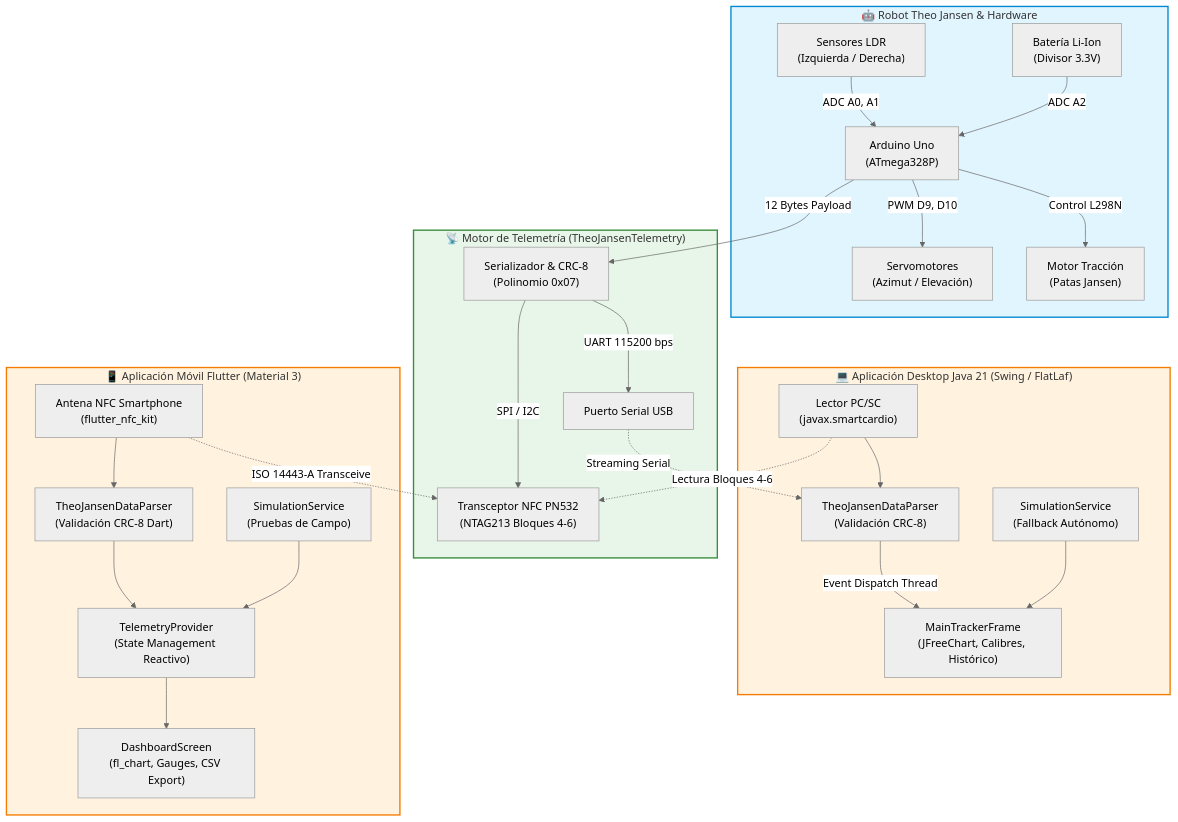
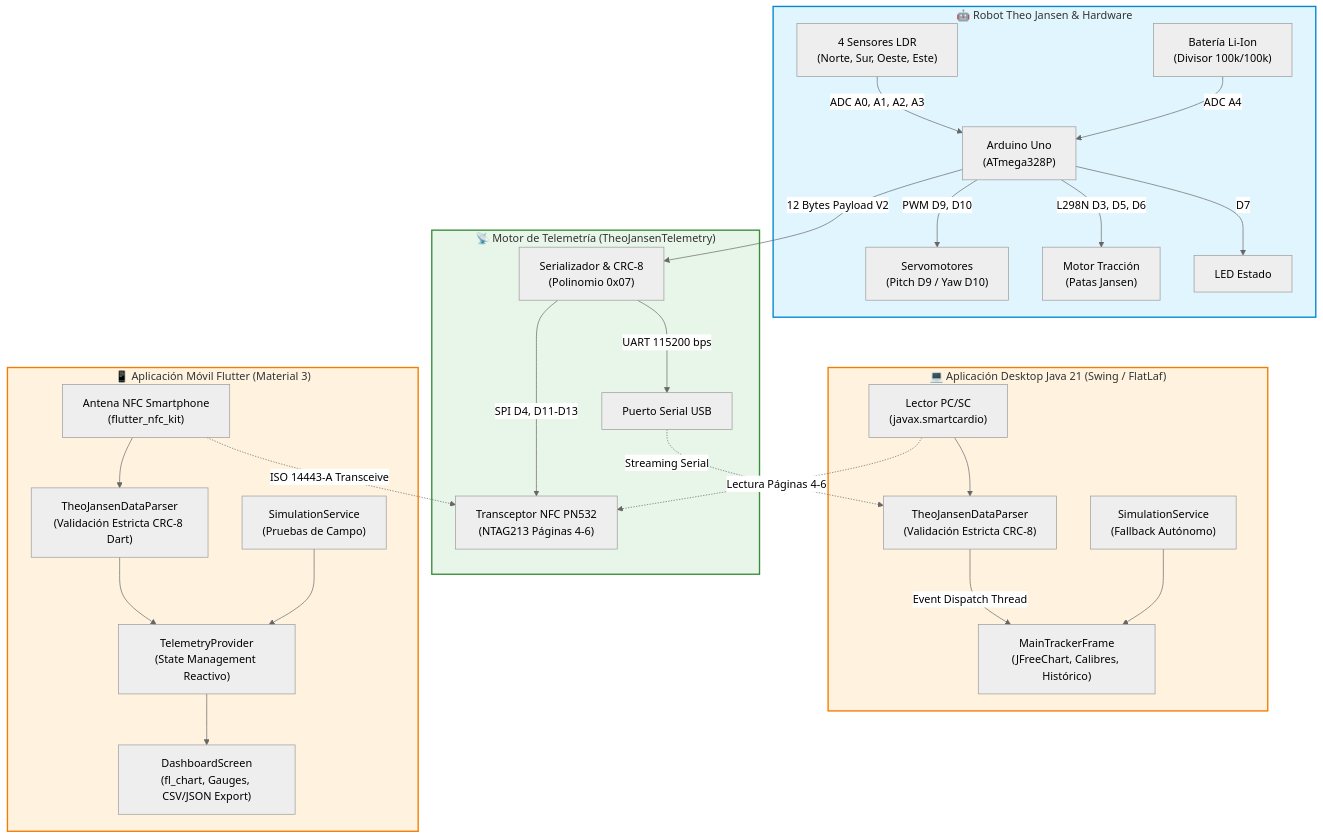
Before and after one commit to RamsesCB/heliostrand-nfc-core-cpp: the diagram in README.md, drawn with Mermaid (neutral theme). The commit also changed other lines of this file and 3 other files, not shown here.

````diff
--- a/README.md
+++ b/README.md
@@ -61,38 +62,39 @@
 ```mermaid
 flowchart TD
     subgraph HARDWARE["🤖 Robot Theo Jansen & Hardware"]
-        LDR["Sensores LDR\n(Izquierda / Derecha)"] -->|ADC A0, A1| MCU["Arduino Uno\n(ATmega328P)"]
-        BAT["Batería Li-Ion\n(Divisor 3.3V)"] -->|ADC A2| MCU
-        MCU -->|PWM D9, D10| SERVO["Servomotores\n(Azimut / Elevación)"]
-        MCU -->|Control L298N| MOTORS["Motor Tracción\n(Patas Jansen)"]
+        LDR["4 Sensores LDR\n(Norte, Sur, Oeste, Este)"] -->|ADC A0, A1, A2, A3| MCU["Arduino Uno\n(ATmega328P)"]
+        BAT["Batería Li-Ion\n(Divisor 100k/100k)"] -->|ADC A4| MCU
+        MCU -->|PWM D9, D10| SERVO["Servomotores\n(Pitch D9 / Yaw D10)"]
+        MCU -->|L298N D3, D5, D6| MOTORS["Motor Tracción\n(Patas Jansen)"]
+        MCU -->|D7| LED["LED Estado"]
     end
 
     subgraph TELEMETRY["📡 Motor de Telemetría (TheoJansenTelemetry)"]
-        MCU -->|12 Bytes Payload| PKT["Serializador & CRC-8\n(Polinomio 0x07)"]
-        PKT -->|SPI / I2C| NFC_TAG["Transceptor NFC PN532\n(NTAG213 Bloques 4-6)"]
+        MCU -->|12 Bytes Payload V2| PKT["Serializador & CRC-8\n(Polinomio 0x07)"]
+        PKT -->|SPI D4, D11-D13| NFC_TAG["Transceptor NFC PN532\n(NTAG213 Páginas 4-6)"]
         PKT -->|UART 115200 bps| SERIAL_PORT["Puerto Serial USB"]
     end
 
     subgraph DESKTOP["💻 Aplicación Desktop Java 21 (Swing / FlatLaf)"]
-        ACR["Lector PC/SC\n(javax.smartcardio)"] -.->|Lectura Bloques 4-6| NFC_TAG
-        SERIAL_PORT -.->|Streaming Serial| D_PARSER["TheoJansenDataParser\n(Validación CRC-8)"]
+        ACR["Lector PC/SC\n(javax.smartcardio)"] -.->|Lectura Páginas 4-6| NFC_TAG
+        SERIAL_PORT -.->|Streaming Serial| D_PARSER["TheoJansenDataParser\n(Validación Estricta CRC-8)"]
         ACR --> D_PARSER
         D_PARSER -->|Event Dispatch Thread| D_UI["MainTrackerFrame\n(JFreeChart, Calibres, Histórico)"]
         D_SIM["SimulationService\n(Fallback Autónomo)"] --> D_UI
     end
 
     subgraph MOBILE["📱 Aplicación Móvil Flutter (Material 3)"]
         PHONE_NFC["Antena NFC Smartphone\n(flutter_nfc_kit)"] -.->|ISO 14443-A Transceive| NFC_TAG
-        PHONE_NFC --> M_PARSER["TheoJansenDataParser\n(Validación CRC-8 Dart)"]
+        PHONE_NFC --> M_PARSER["TheoJansenDataParser\n(Validación Estricta CRC-8 Dart)"]
         M_PARSER --> M_STATE["TelemetryProvider\n(State Management Reactivo)"]
         M_SIM["SimulationService\n(Pruebas de Campo)"] --> M_STATE
-        M_STATE --> M_UI["DashboardScreen\n(fl_chart, Gauges, CSV Export)"]
+        M_STATE --> M_UI["DashboardScreen\n(fl_chart, Gauges, CSV/JSON Export)"]
     end
 
     classDef hw fill:#e1f5fe,stroke:#0288d1,stroke-width:2px;
     classDef tele fill:#e8f5e9,stroke:#388e3c,stroke-width:2px;
     classDef app fill:#fff3e0,stroke:#f57c00,stroke-width:2px;
     class HARDWARE hw;
     class TELEMETRY tele;
     class DESKTOP,MOBILE app;
 ```
````
